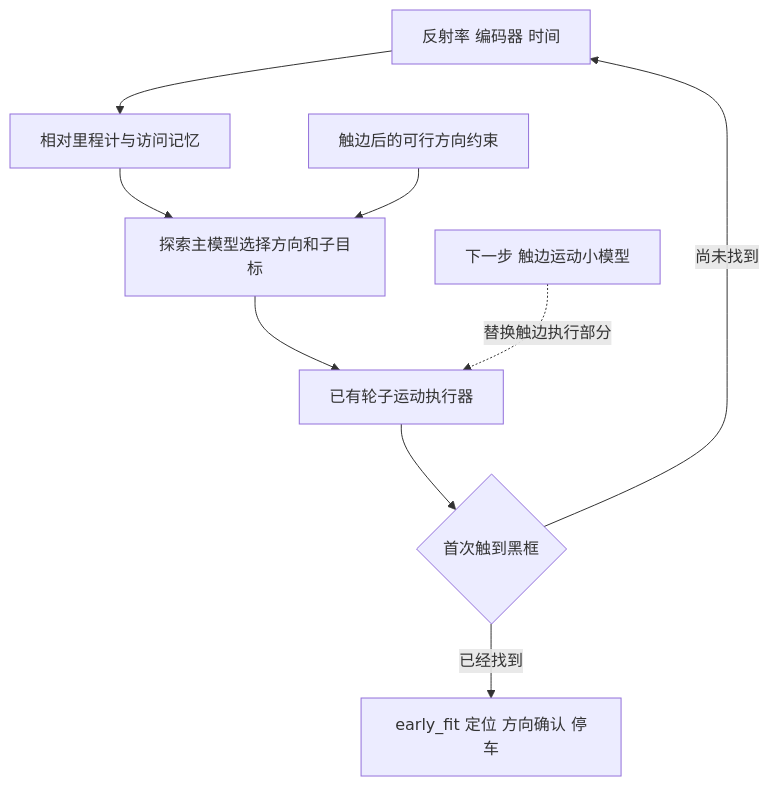
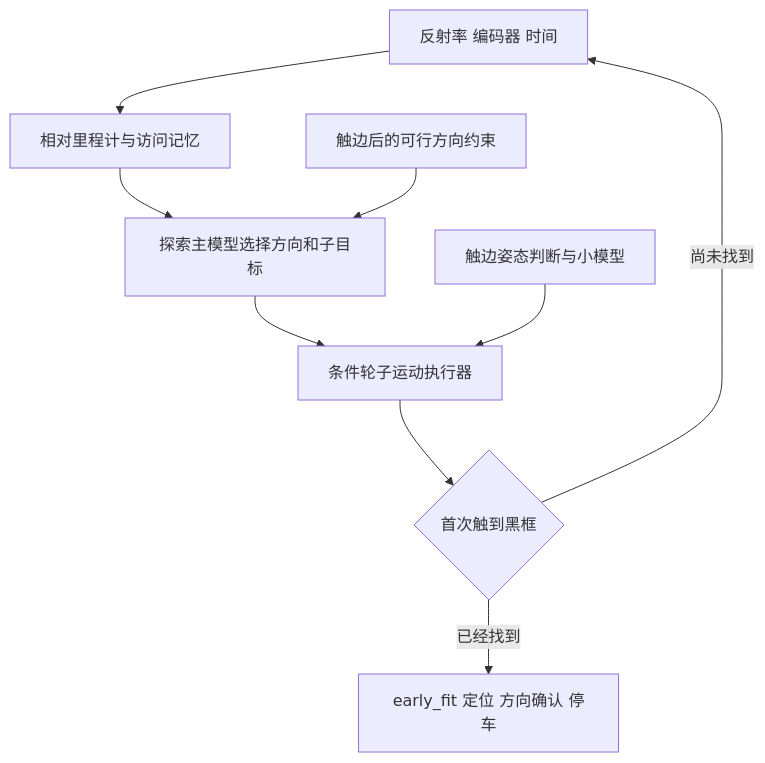
The diagram in docs/项目交接说明.md (RubberW/repeatable-parking), drawn with Mermaid before and after one commit. The commit also changed other lines of this file and 70 other files, not shown here.

````diff
--- a/docs/项目交接说明.md
+++ b/docs/项目交接说明.md
@@ -23,11 +23,11 @@
 ```mermaid
 flowchart TD
     A[反射率 编码器 时间] --> B[相对里程计与访问记忆]
     B --> C[探索主模型选择方向和子目标]
-    C --> D[已有轮子运动执行器]
+    C --> D[条件轮子运动执行器]
     D --> E{首次触到黑框}
     E -->|尚未找到| A
     E -->|已经找到| F[early_fit 定位 方向确认 停车]
     G[触边后的可行方向约束] --> C
-    H[下一步 触边运动小模型] -.替换触边执行部分.-> D
+    H[触边姿态判断与小模型] --> D
 ```
````
